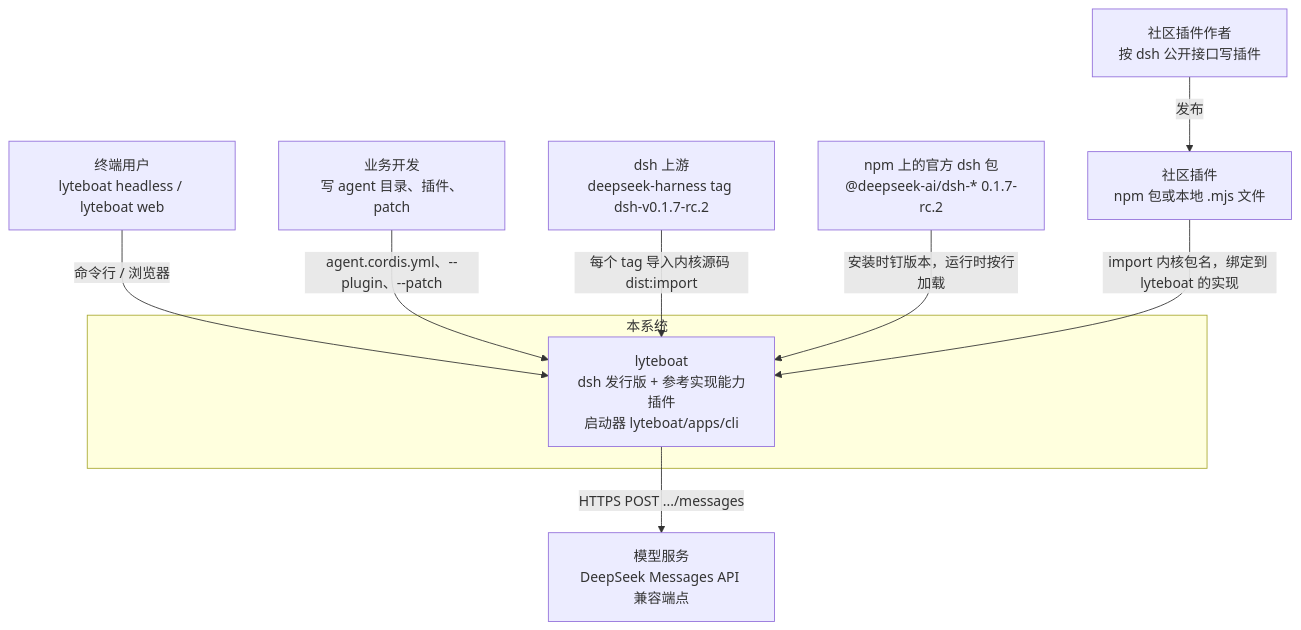
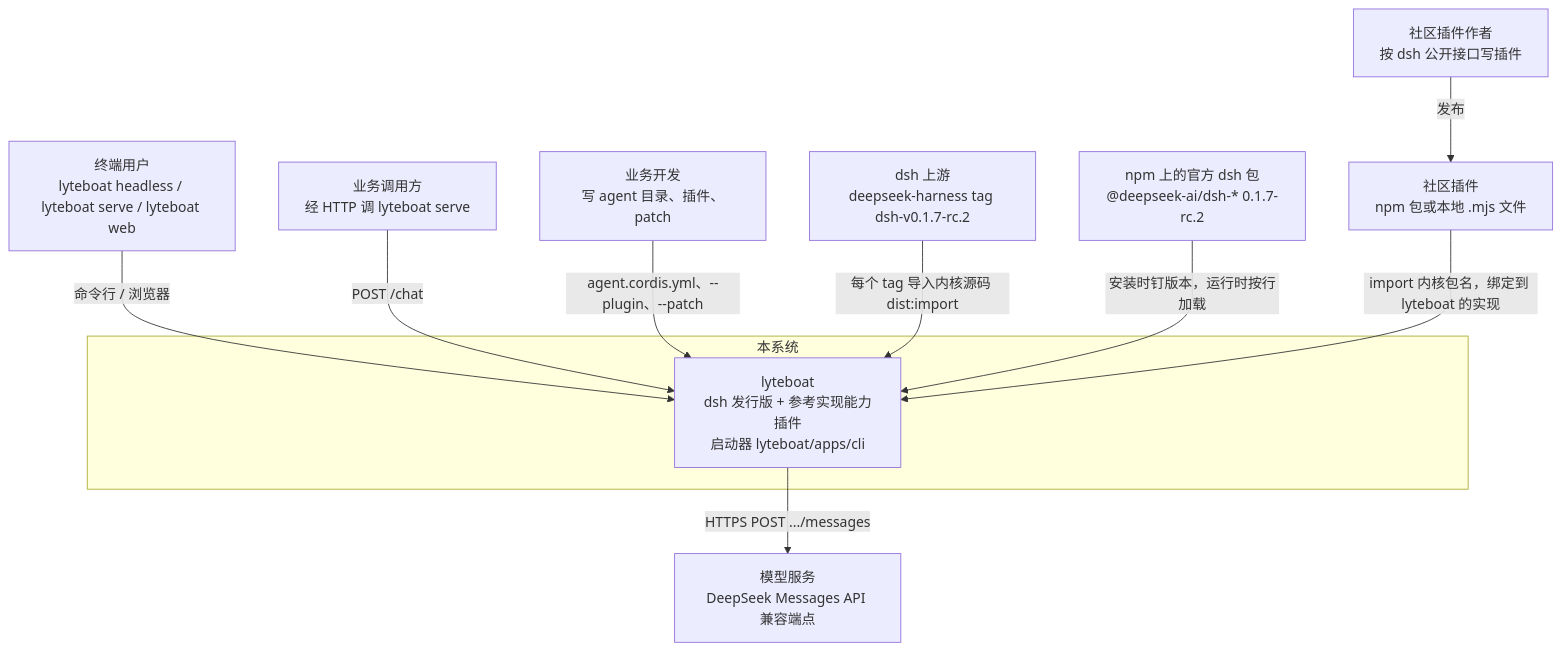
One commit to lyteboat/boat changed the first of 11 diagrams in docs/01-architecture.md. Above: the diagram before and after it, drawn with Mermaid. The commit also changed other lines of this file and 3 other files, not shown here.

````diff
--- a/docs/01-architecture.md
+++ b/docs/01-architecture.md
@@ -68,20 +68,22 @@
 ```mermaid
 flowchart TB
-  user["终端用户<br/>lyteboat headless / lyteboat web"]
+  user["终端用户<br/>lyteboat headless / lyteboat serve / lyteboat web"]
+  caller["业务调用方<br/>经 HTTP 调 lyteboat serve"]
   dev["业务开发<br/>写 agent 目录、插件、patch"]
   author["社区插件作者<br/>按 dsh 公开接口写插件"]
   subgraph SYS["本系统"]
     lyteboat["lyteboat<br/>dsh 发行版 + 参考实现能力插件<br/>启动器 lyteboat/apps/cli"]
   end
   upstream["dsh 上游<br/>deepseek-harness tag dsh-v0.1.7-rc.2"]
   npm["npm 上的官方 dsh 包<br/>@deepseek-ai/dsh-* 0.1.7-rc.2"]
   cplug["社区插件<br/>npm 包或本地 .mjs 文件"]
   model["模型服务<br/>DeepSeek Messages API 兼容端点"]
   user -->|"命令行 / 浏览器"| lyteboat
+  caller -->|"POST /chat"| lyteboat
   dev -->|"agent.cordis.yml、--plugin、--patch"| lyteboat
   upstream -->|"每个 tag 导入内核源码 dist:import"| lyteboat
   npm -->|"安装时钉版本，运行时按行加载"| lyteboat
   author -->|"发布"| cplug
   cplug -->|"import 内核包名，绑定到 lyteboat 的实现"| lyteboat
   lyteboat -->|"HTTPS POST .../messages"| model
 ```
````
